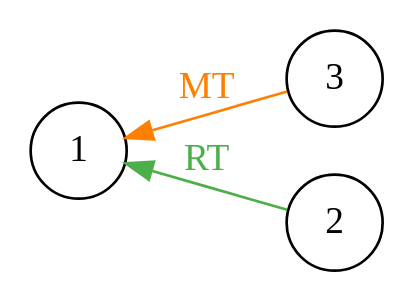
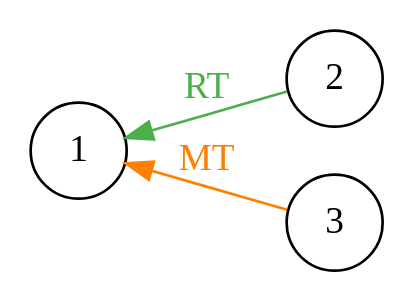
The diagram in src/main/graphviz/model_activity_1_graph.gv (mvanmeerbeck/RCP216-higgs-twitter), drawn with Graphviz before and after one commit. The commit also changed other lines of this file and 7 other files, not shown here.

```diff
--- a/src/main/graphviz/model_activity_1_graph.gv
+++ b/src/main/graphviz/model_activity_1_graph.gv
@@ -1,14 +1,14 @@
 digraph G {
     rankdir = "RL"
     node [shape = circle];
+
+    subgraph RT {
+        edge [color = "#4daf4a", fontcolor = "#4daf4a"];
+        2 -> 1 [label = "RT"];
+    }
 
     subgraph MT {
         edge [color = "#ff7f00", fontcolor = "#ff7f00"];
         3 -> 1 [label = "MT"];
     }
-
-    subgraph RT {
-        edge [color = "#4daf4a", fontcolor = "#4daf4a"];
-        2 -> 1 [label = "RT"];
-    }
 }
```
